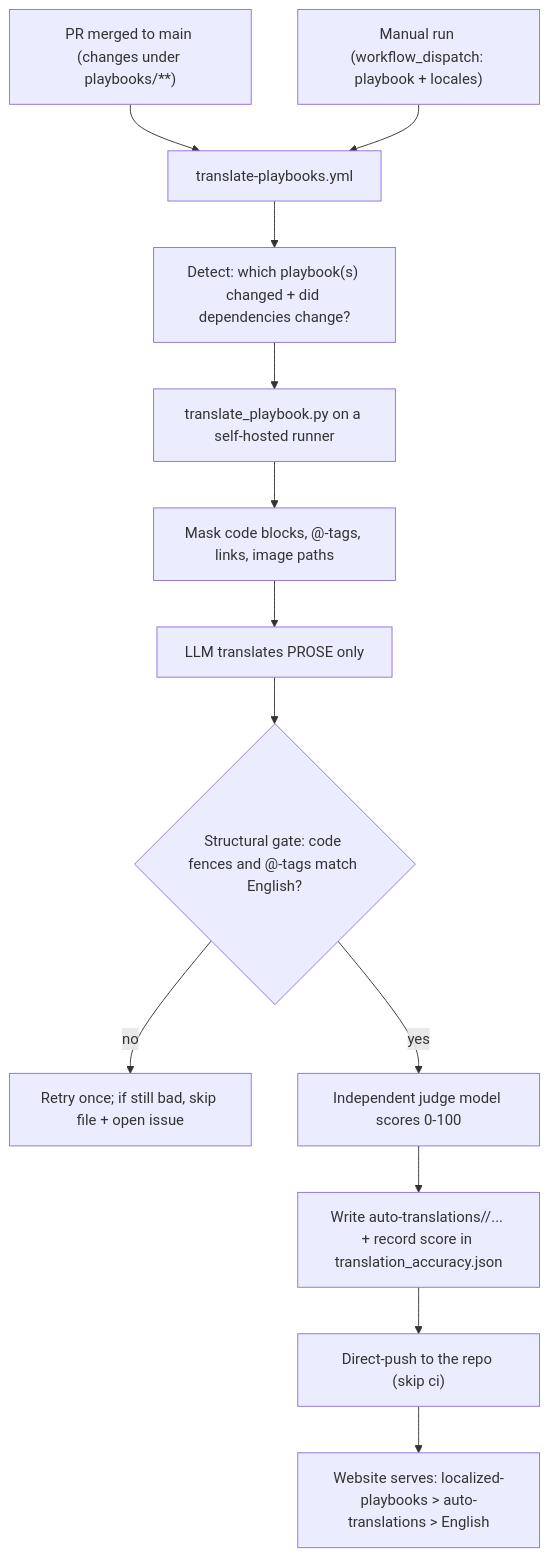
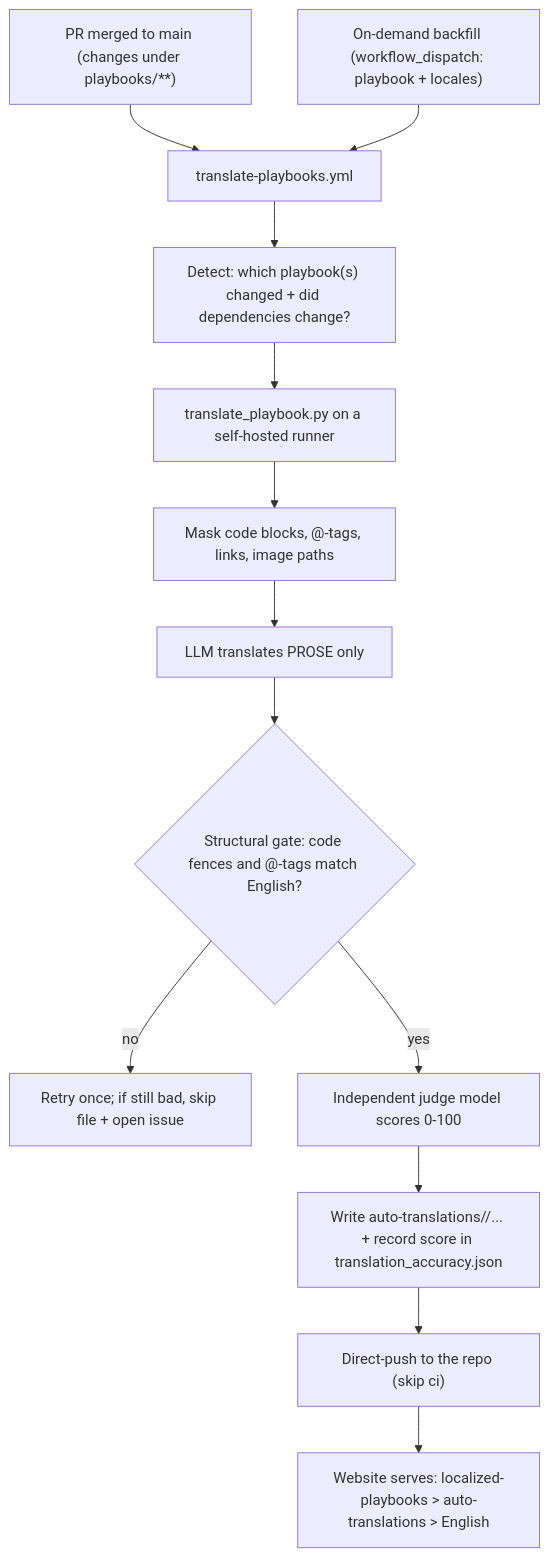
One commit to amd/playbooks changed the diagram in auto-translations/README.md. Above: the diagram before and after it, drawn with Mermaid. The commit also changed other lines of this file and 1901 other files, not shown here.

````diff
--- a/auto-translations/README.md
+++ b/auto-translations/README.md
@@ -24,15 +24,15 @@
 ```mermaid
 flowchart TD
   PR["PR merged to main (changes under playbooks/**)"] --> WF["translate-playbooks.yml"]
-  Dispatch["Manual run (workflow_dispatch: playbook + locales)"] --> WF
+  Dispatch["On-demand backfill (workflow_dispatch: playbook + locales)"] --> WF
   WF --> DETECT["Detect: which playbook(s) changed + did dependencies change?"]
   DETECT --> ENGINE["translate_playbook.py on a self-hosted runner"]
   ENGINE --> MASK["Mask code blocks, @-tags, links, image paths"]
   MASK --> MODEL["LLM translates PROSE only"]
   MODEL --> GATE{"Structural gate: code fences and @-tags match English?"}
   GATE -- no --> RETRY["Retry once; if still bad, skip file + open issue"]
   GATE -- yes --> SCORE["Independent judge model scores 0-100"]
   SCORE --> WRITE["Write auto-translations/<locale>/... + record score in translation_accuracy.json"]
   WRITE --> PUSH["Direct-push to the repo (skip ci)"]
   PUSH --> SITE["Website serves: localized-playbooks > auto-translations > English"]
 ```
````
